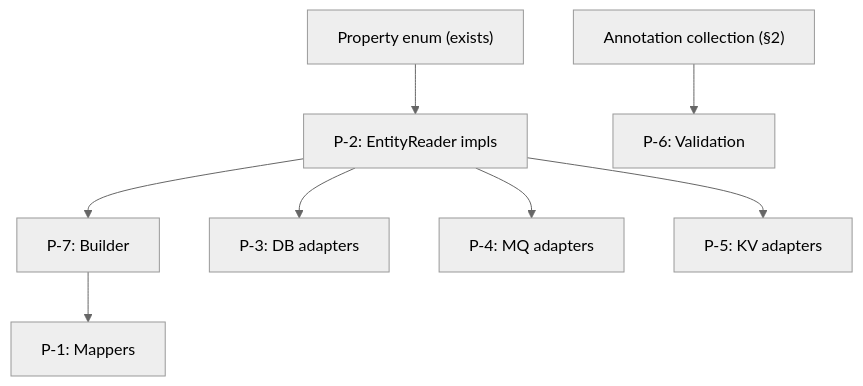
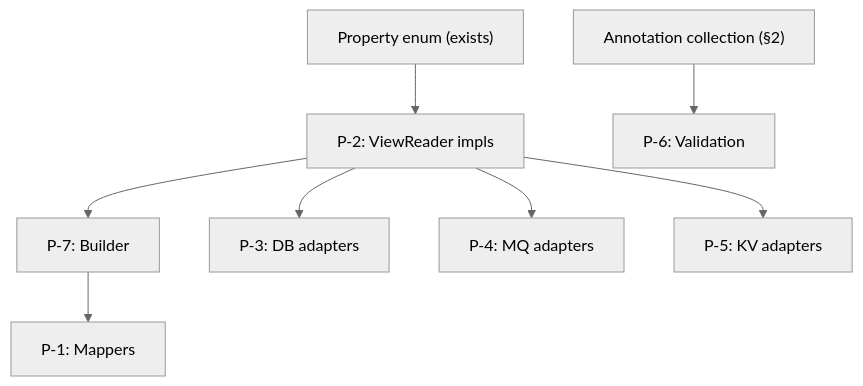
One commit to hrgdavor/java-hipster-entity changed the diagram in doc/brainstorm/README.md. Above: the diagram before and after it, drawn with Mermaid (neutral theme). The commit also changed other lines of this file and 72 other files, not shown here.

````diff
--- a/doc/brainstorm/README.md
+++ b/doc/brainstorm/README.md
@@ -905,11 +910,11 @@
 ```mermaid
 graph TD
-    ENUM["Property enum (exists)"] --> P2["P-2: EntityReader impls"]
+    ENUM["Property enum (exists)"] --> P2["P-2: ViewReader impls"]
     P2 --> P7["P-7: Builder"]
     P7 --> P1["P-1: Mappers"]
     P2 --> P3["P-3: DB adapters"]
     P2 --> P4["P-4: MQ adapters"]
     P2 --> P5["P-5: KV adapters"]
 
     ANN["Annotation collection (§2)"] --> P6["P-6: Validation"]
 ```
````
